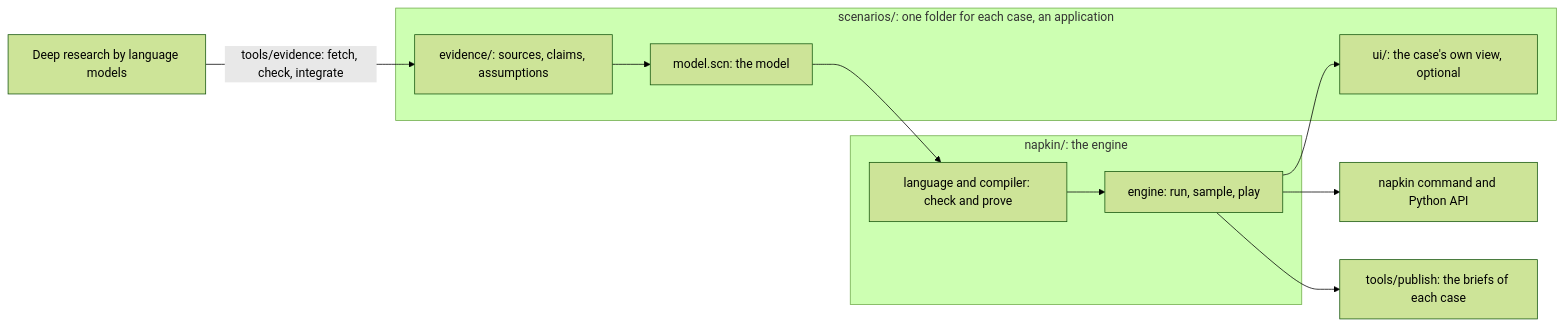
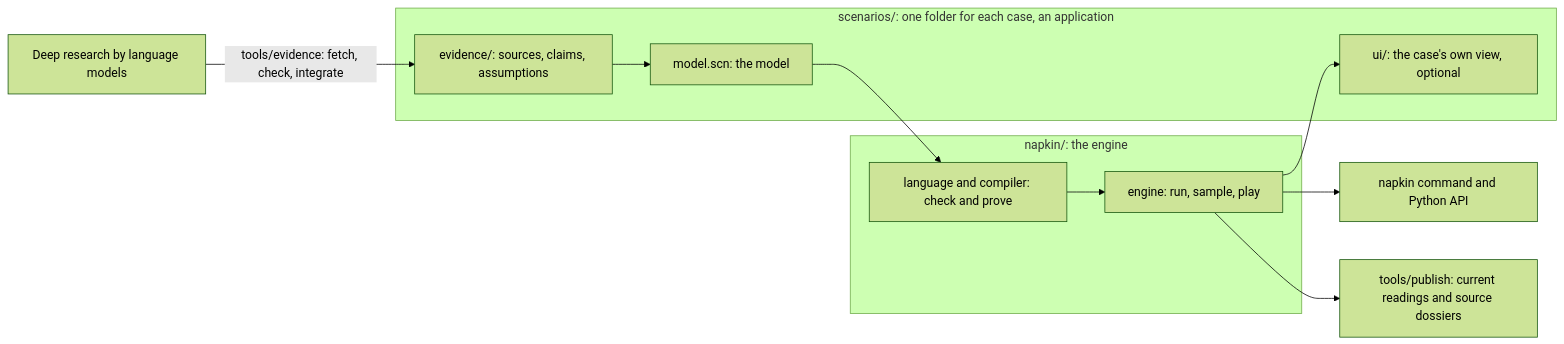
One commit to jfeiglin/napkin changed the diagram in README.md. Above: the diagram before and after it, drawn with Mermaid (forest theme). The commit also changed other lines of this file and 1 other file, not shown here.

Commit message:
Document the scenario inputs, causal comparisons and water regression findings

````diff
--- a/README.md
+++ b/README.md
@@ -11,20 +11,20 @@
 ```mermaid
 flowchart LR
     research["Deep research by language models"]
     subgraph case["scenarios/: one folder for each case, an application"]
         evidence["evidence/: sources, claims, assumptions"]
         model["model.scn: the model"]
         view["ui/: the case's own view, optional"]
     end
     subgraph napkin["napkin/: the engine"]
         compiler["language and compiler: check and prove"]
         engine["engine: run, sample, play"]
     end
     command["napkin command and Python API"]
-    briefs["tools/publish: the briefs of each case"]
+    briefs["tools/publish: current readings and source dossiers"]
     research -->|"tools/evidence: fetch, check, integrate"| evidence
     evidence --> model --> compiler --> engine
     engine --> command
     engine --> briefs
     engine --> view
 ```
````
